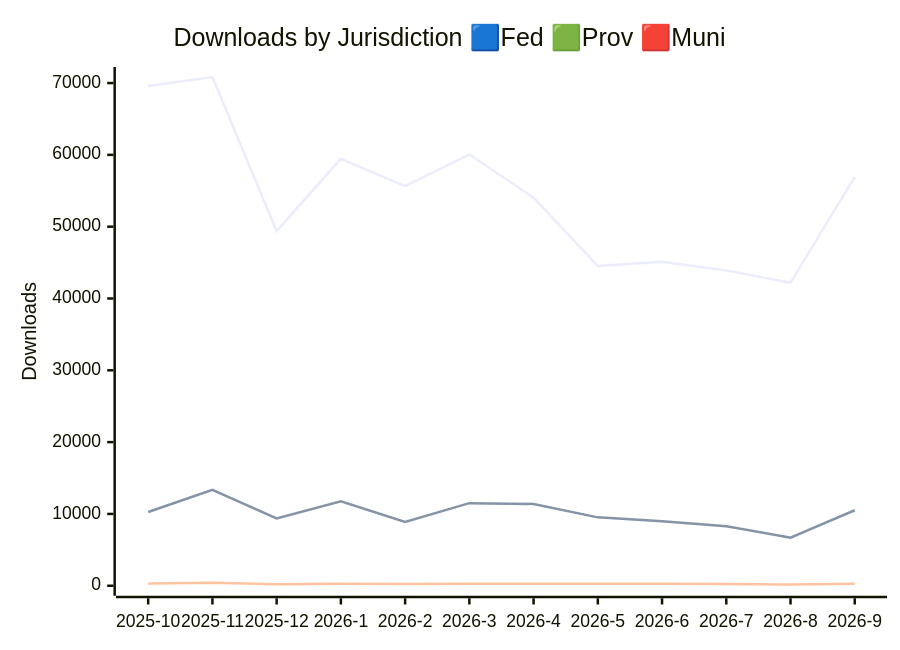
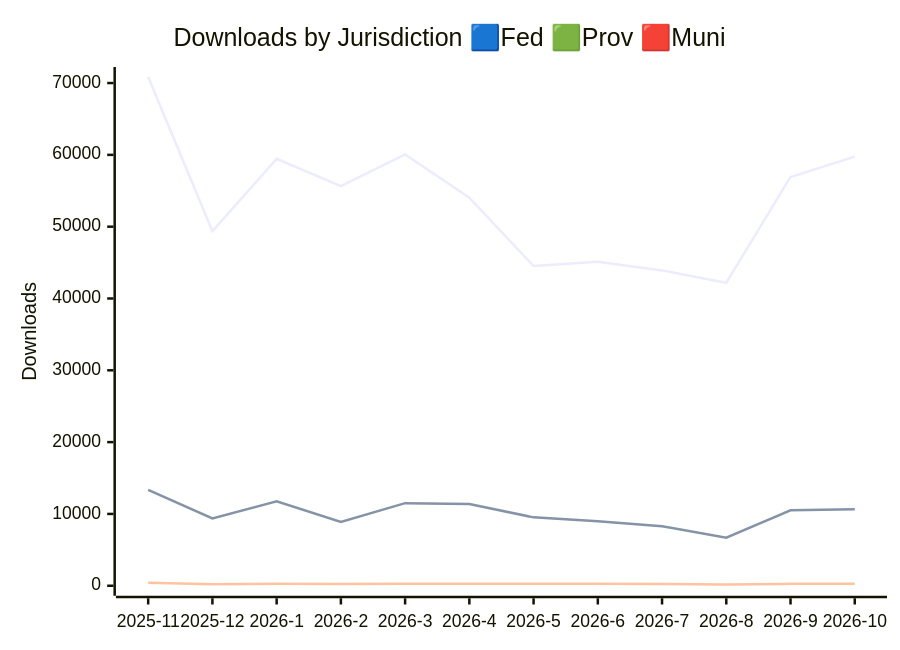
The first of 3 diagrams in JURISDICTION_ANALYTICS_REPORT/readme.md (PatLittle/analytics-corporate-reporting), drawn with Mermaid before and after one commit. The commit also changed other lines of this file and 2 other files, not shown here.

````diff
--- a/JURISDICTION_ANALYTICS_REPORT/readme.md
+++ b/JURISDICTION_ANALYTICS_REPORT/readme.md
@@ -14,10 +14,10 @@
 ```mermaid
 
 xychart-beta
     title "Downloads by Jurisdiction 🟦Fed 🟩Prov 🟥Muni"
-    x-axis [2025-10, 2025-11, 2025-12, 2026-1, 2026-2, 2026-3, 2026-4, 2026-5, 2026-6, 2026-7, 2026-8, 2026-9]
+    x-axis [2025-11, 2025-12, 2026-1, 2026-2, 2026-3, 2026-4, 2026-5, 2026-6, 2026-7, 2026-8, 2026-9, 2026-10]
     y-axis "Downloads" 0 --> 70842
-    line [69574, 70832, 49370, 59452, 55647, 60056, 54050, 44517, 45104, 43913, 42192, 56923]
-    line [10274, 13365, 9384, 11755, 8900, 11505, 11393, 9524, 8977, 8295, 6697, 10514]
-    line [313, 420, 224, 270, 228, 269, 267, 286, 274, 238, 159, 263]
+    line [70832, 49370, 59452, 55647, 60056, 54050, 44517, 45104, 43913, 42192, 56923, 59751]
+    line [13365, 9384, 11755, 8900, 11505, 11393, 9524, 8977, 8295, 6697, 10514, 10657]
+    line [420, 224, 270, 228, 269, 267, 286, 274, 238, 159, 263, 284]
 ```
````
